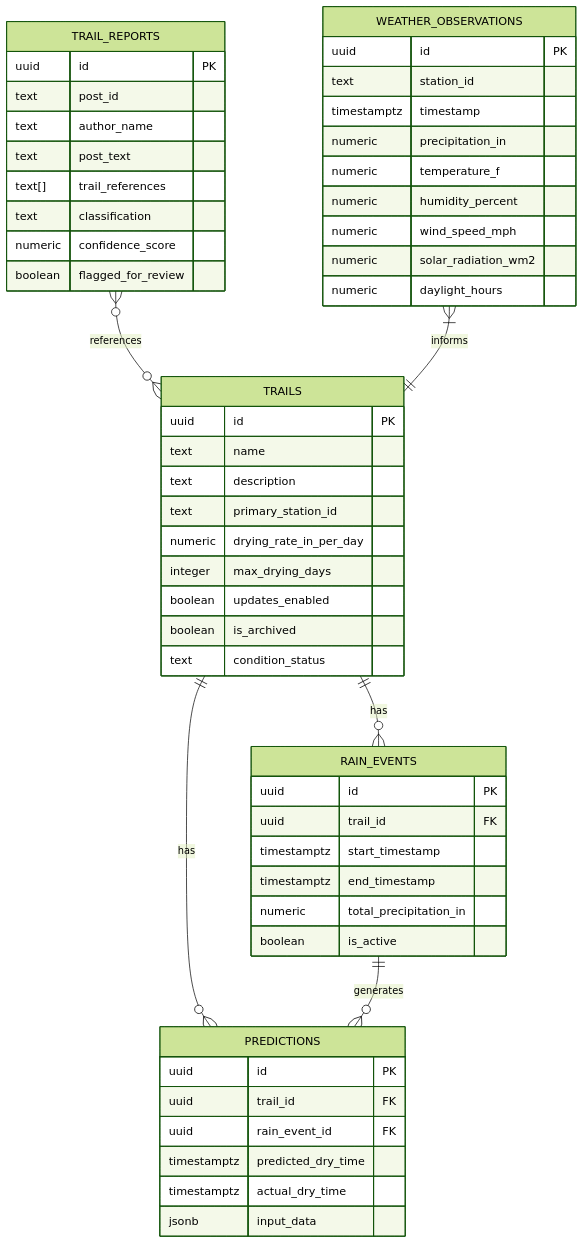
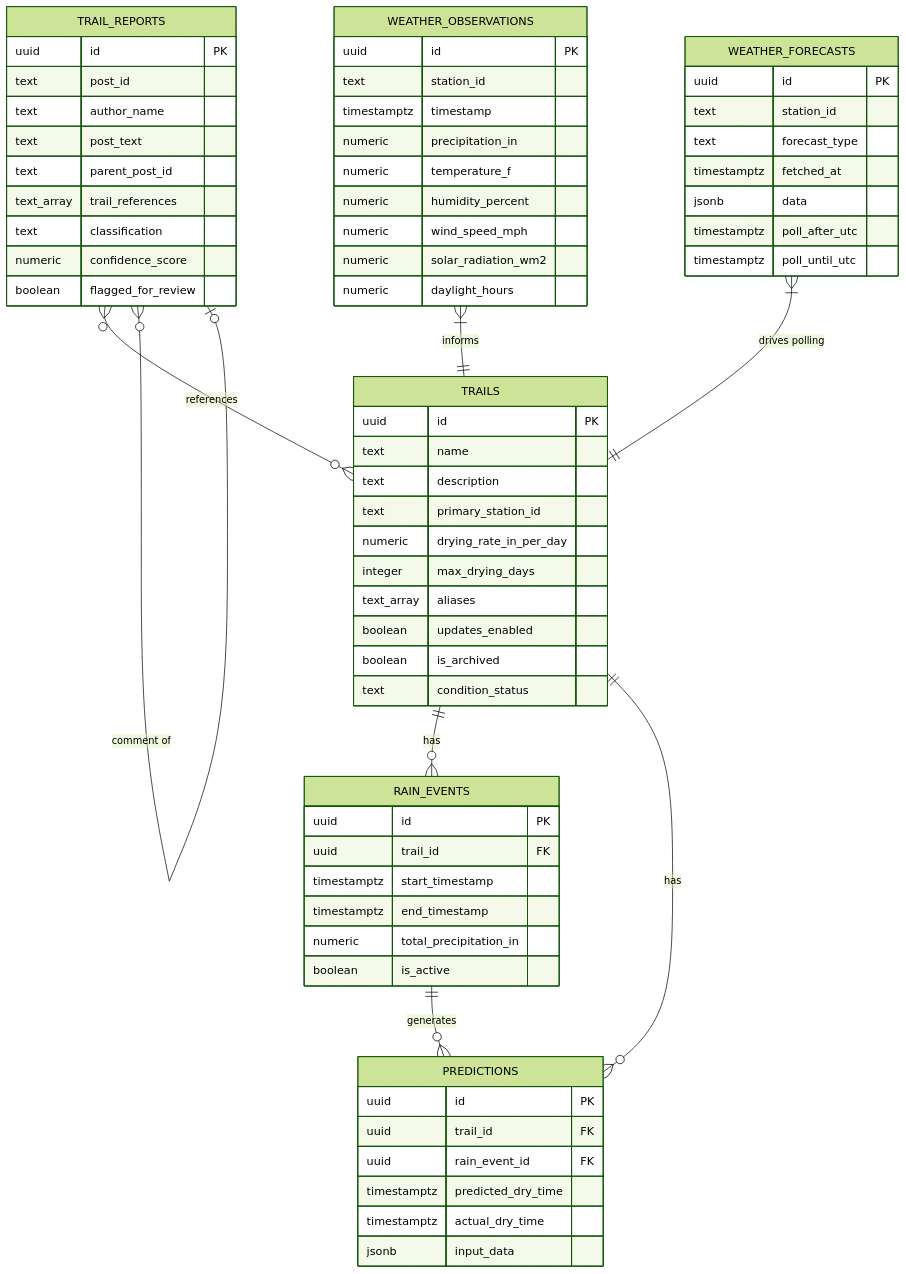
One commit to achen/austintrailconditions changed the second of 2 diagrams in .kiro/specs/trail-conditions-predictor/design.md. Above: the diagram before and after it, drawn with Mermaid (forest theme). The commit also changed other lines of this file and 1 other file, not shown here.

````diff
--- a/.kiro/specs/trail-conditions-predictor/design.md
+++ b/.kiro/specs/trail-conditions-predictor/design.md
@@ -422,61 +527,75 @@
 ```mermaid
 erDiagram
     TRAILS ||--o{ RAIN_EVENTS : has
     TRAILS ||--o{ PREDICTIONS : has
     RAIN_EVENTS ||--o{ PREDICTIONS : generates
     TRAIL_REPORTS }o--o{ TRAILS : references
+    TRAIL_REPORTS }o--o| TRAIL_REPORTS : "comment of"
     WEATHER_OBSERVATIONS }|--|| TRAILS : informs
+    WEATHER_FORECASTS }|--|| TRAILS : "drives polling"
 
     TRAILS {
         uuid id PK
         text name
         text description
         text primary_station_id
         numeric drying_rate_in_per_day
         integer max_drying_days
+        text_array aliases
         boolean updates_enabled
         boolean is_archived
         text condition_status
     }
 
     WEATHER_OBSERVATIONS {
         uuid id PK
         text station_id
         timestamptz timestamp
         numeric precipitation_in
         numeric temperature_f
         numeric humidity_percent
         numeric wind_speed_mph
         numeric solar_radiation_wm2
         numeric daylight_hours
     }
 
+    WEATHER_FORECASTS {
+        uuid id PK
+        text station_id
+        text forecast_type
+        timestamptz fetched_at
+        jsonb data
+        timestamptz poll_after_utc
+        timestamptz poll_until_utc
+    }
+
     RAIN_EVENTS {
         uuid id PK
         uuid trail_id FK
         timestamptz start_timestamp
         timestamptz end_timestamp
         numeric total_precipitation_in
         boolean is_active
     }
 
     TRAIL_REPORTS {
         uuid id PK
         text post_id
         text author_name
         text post_text
-        text[] trail_references
+        text parent_post_id
+        text_array trail_references
         text classification
         numeric confidence_score
         boolean flagged_for_review
     }
 
     PREDICTIONS {
         uuid id PK
         uuid trail_id FK
         uuid rain_event_id FK
         timestamptz predicted_dry_time
         timestamptz actual_dry_time
         jsonb input_data
     }
 ```
````
